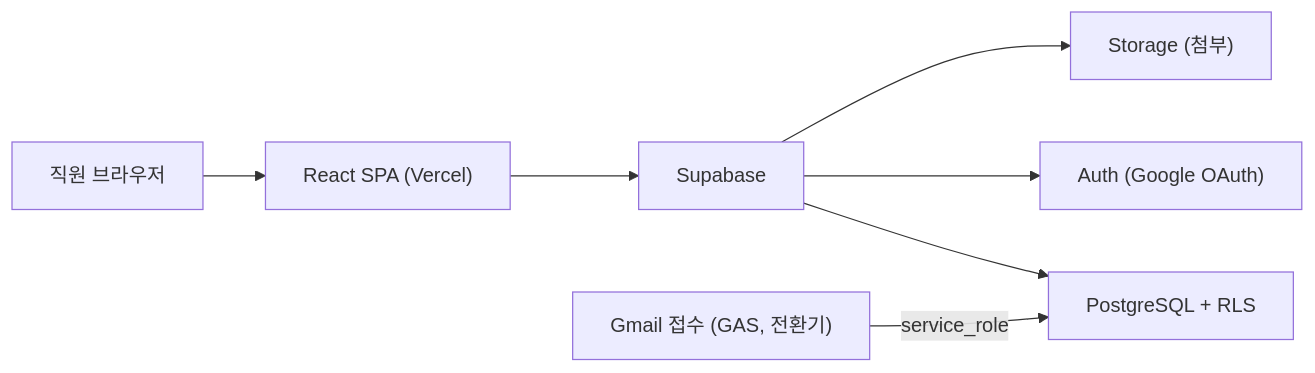
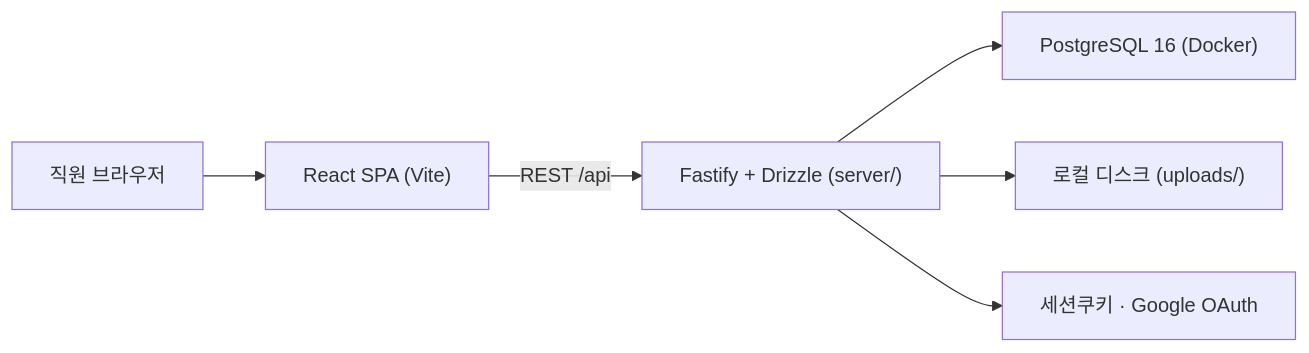
One commit to juhuikim-baeoom/request-site changed the first of 2 diagrams in docs/00-overview/index.md. Above: the diagram before and after it, drawn with Mermaid. The commit also changed other lines of this file and 3 other files, not shown here.

First line of the commit message:
docs: 재정비 설계를 Postgres/Fastify/Drizzle 정본 스택에 재타겟

````diff
--- a/docs/00-overview/index.md
+++ b/docs/00-overview/index.md
@@ -26,9 +30,8 @@
 ```mermaid
 graph LR
-    U["직원 브라우저"] --> FE["React SPA (Vercel)"]
-    FE --> SB["Supabase"]
-    SB --> DB["PostgreSQL + RLS"]
-    SB --> AU["Auth (Google OAuth)"]
-    SB --> ST["Storage (첨부)"]
-    GAS["Gmail 접수 (GAS, 전환기)"] -->|service_role| DB
+    U["직원 브라우저"] --> FE["React SPA (Vite)"]
+    FE -->|REST /api| API["Fastify + Drizzle (server/)"]
+    API --> DB["PostgreSQL 16 (Docker)"]
+    API --> ST["로컬 디스크 (uploads/)"]
+    API --> AU["세션쿠키 · Google OAuth"]
 ```
````
